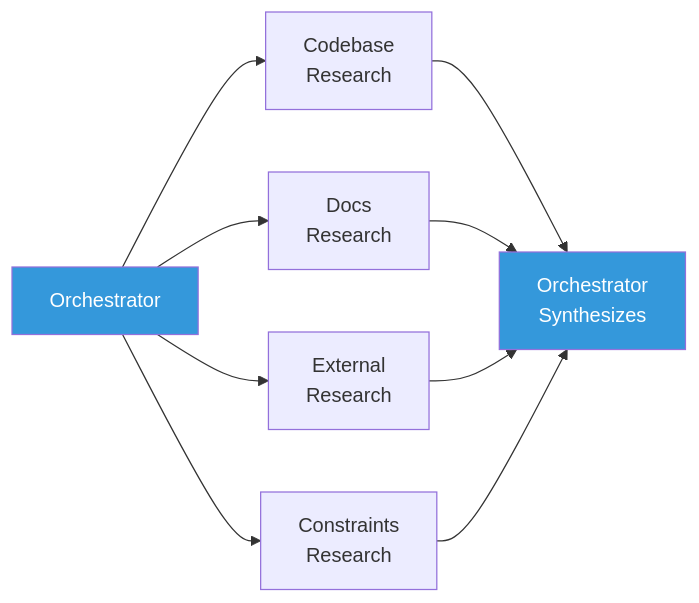
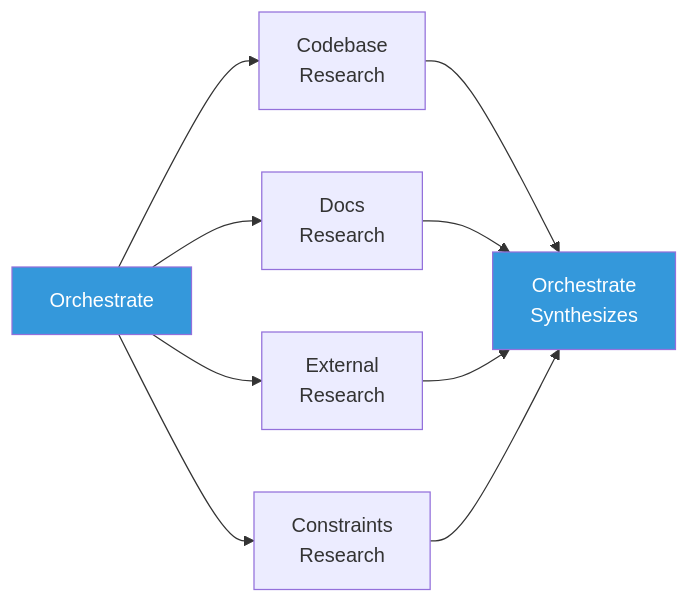
Before and after one commit to Mpfk/auto: the fourth of 5 diagrams in docs/auto/agent-flow.md, drawn with Mermaid. The commit also changed other lines of this file and 8 other files, not shown here.

First line of the commit message:
refactor(agents): rename orchestrator→orchestrate and tdd→develop

````diff
--- a/docs/auto/agent-flow.md
+++ b/docs/auto/agent-flow.md
@@ -305,14 +305,14 @@
 ```mermaid
 flowchart LR
-    O[Orchestrator] --> C[Codebase\nResearch]
+    O[Orchestrate] --> C[Codebase\nResearch]
     O --> D[Docs\nResearch]
     O --> E[External\nResearch]
     O --> F[Constraints\nResearch]
-    C --> S[Orchestrator\nSynthesizes]
+    C --> S[Orchestrate\nSynthesizes]
     D --> S
     E --> S
     F --> S
 
     style O fill:#3498db,color:#fff
     style S fill:#3498db,color:#fff
 ```
````
